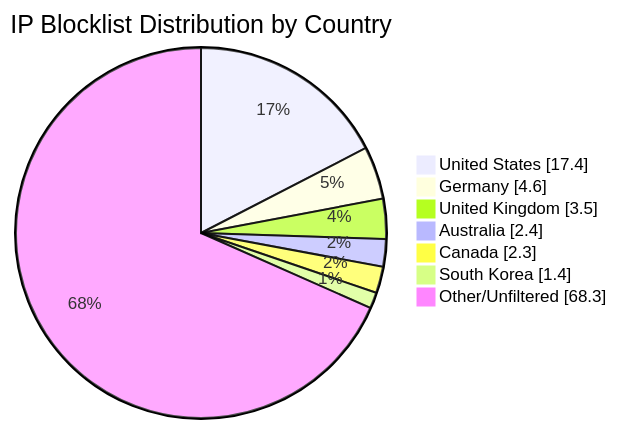
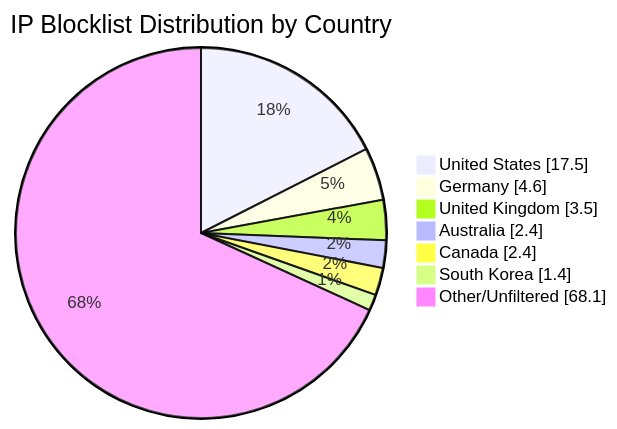
One commit to MarcusHoltz/ipblocklist-geofiltered-aggregator changed the diagram in README.md. Above: the diagram before and after it, drawn with Mermaid. The commit also changed other lines of this file and 9 other files, not shown here.

````diff
--- a/README.md
+++ b/README.md
@@ -34,10 +34,10 @@
 ```mermaid
 pie showData title IP Blocklist Distribution by Country
-"United States" : 17.4
+"United States" : 17.5
 "Germany" : 4.6
 "United Kingdom" : 3.5
 "Australia" : 2.4
-"Canada" : 2.3
+"Canada" : 2.4
 "South Korea" : 1.4
-"Other/Unfiltered" : 68.3
+"Other/Unfiltered" : 68.1
 ```
````
